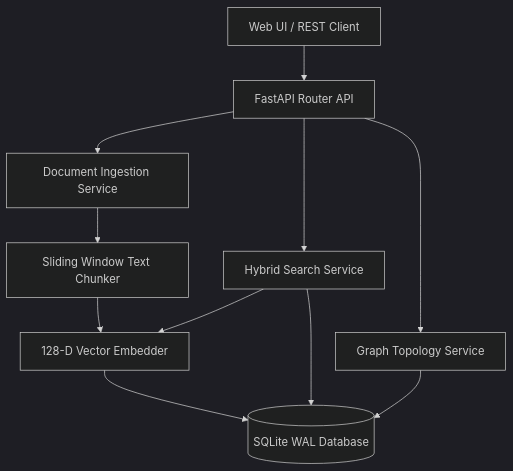
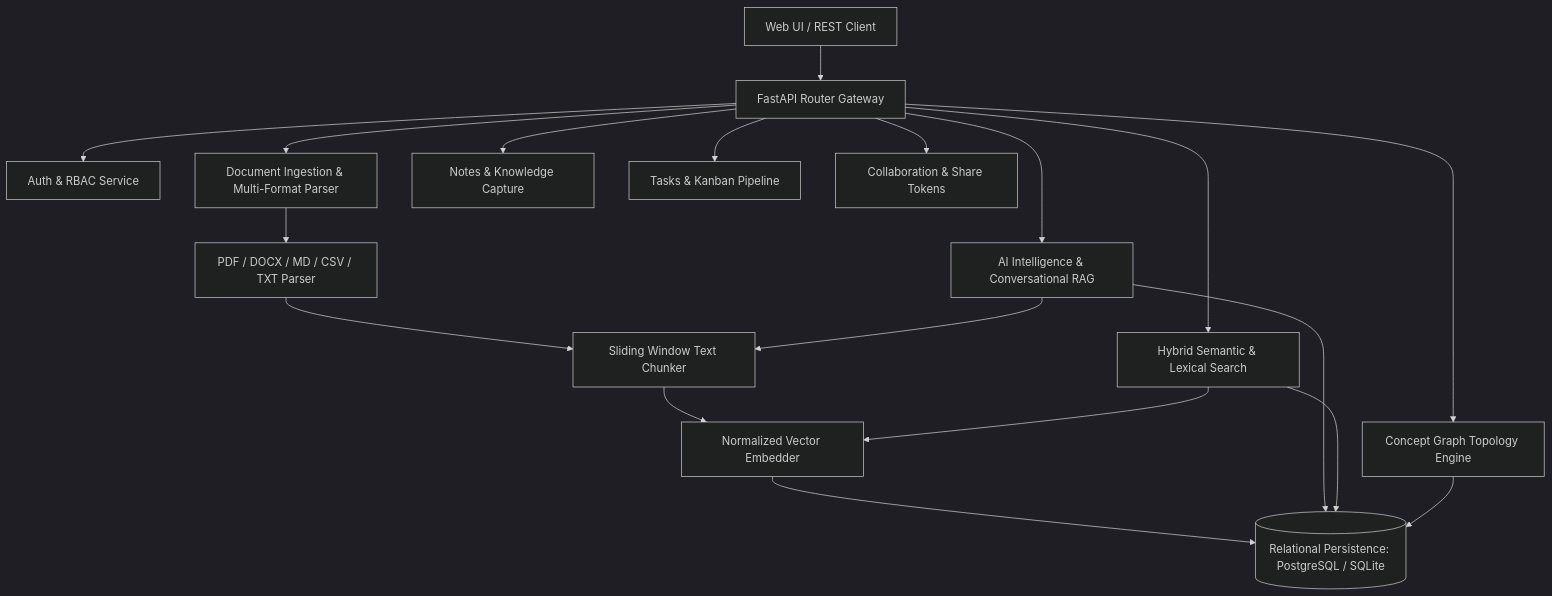
Before and after one commit to Soulofghost/neuraldesk: the diagram in README.md, drawn with Mermaid (dark theme). The commit also changed other lines of this file and 28 other files, not shown here.

Commit message:
feat: NeuralDesk 2.0 full SaaS transformation with AI chat, notes, tasks, multi-format parsing, and dashboard

````diff
--- a/README.md
+++ b/README.md
@@ -48,16 +90,24 @@
 ```mermaid
 graph TD
-    Client[Web UI / REST Client] --> Router[FastAPI Router API]
-    Router --> DocService[Document Ingestion Service]
-    Router --> SearchService[Hybrid Search Service]
-    Router --> GraphService[Graph Topology Service]
+    Client[Web UI / REST Client] --> Gateway[FastAPI Router Gateway]
+    
+    Gateway --> Auth[Auth & RBAC Service]
+    Gateway --> DocService[Document Ingestion & Multi-Format Parser]
+    Gateway --> SearchService[Hybrid Semantic & Lexical Search]
+    Gateway --> AIService[AI Intelligence & Conversational RAG]
+    Gateway --> NotesService[Notes & Knowledge Capture]
+    Gateway --> TasksService[Tasks & Kanban Pipeline]
+    Gateway --> CollabService[Collaboration & Share Tokens]
+    Gateway --> GraphService[Concept Graph Topology Engine]
 
-    DocService --> Chunker[Sliding Window Text Chunker]
-    Chunker --> Embedder[128-D Vector Embedder]
-    Embedder --> DB[(SQLite WAL Database)]
+    DocService --> Parser[PDF / DOCX / MD / CSV / TXT Parser]
+    Parser --> Chunker[Sliding Window Text Chunker]
+    Chunker --> Embedder[Normalized Vector Embedder]
     
+    Embedder --> Persistence[(Relational Persistence: PostgreSQL / SQLite)]
+    AIService --> Chunker
+    AIService --> Persistence
     SearchService --> Embedder
-    SearchService --> DB
-    
-    GraphService --> DB
+    SearchService --> Persistence
+    GraphService --> Persistence
 ```
````
